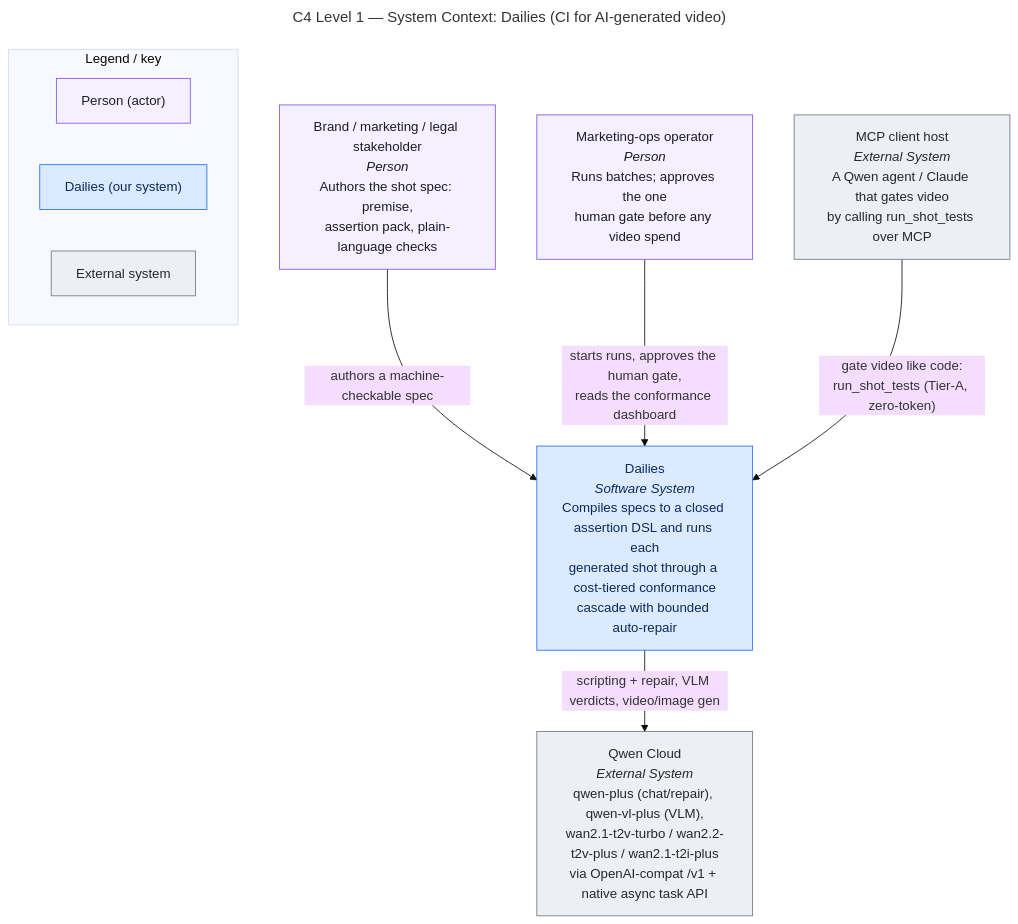
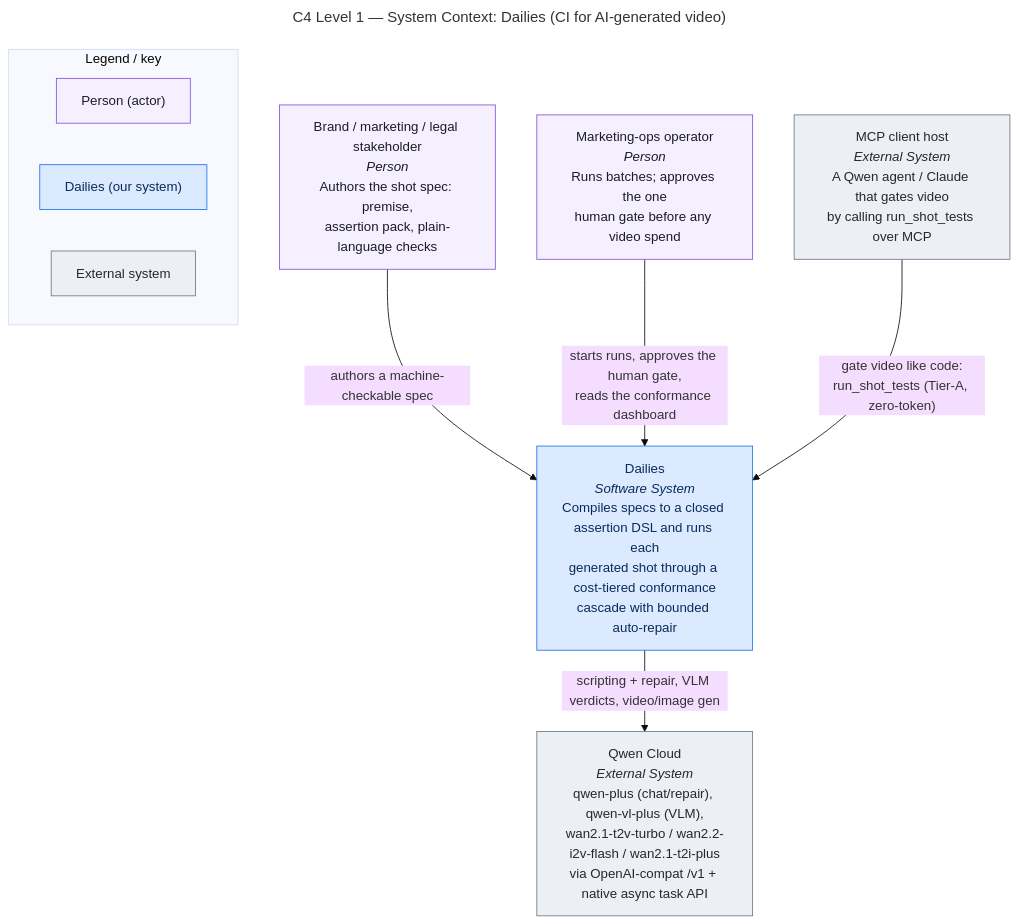
One commit to Zen-cronic/qwen-hack-2026 changed the first of 3 diagrams in docs/architecture.md. Above: the diagram before and after it, drawn with Mermaid (base theme). The commit also changed other lines of this file and 7 other files, not shown here.

````diff
--- a/docs/architecture.md
+++ b/docs/architecture.md
@@ -20,29 +20,29 @@
 ```mermaid
 ---
 title: "C4 Level 1 — System Context: Dailies (CI for AI-generated video)"
 ---
 flowchart TB
     stakeholder["Brand / marketing / legal stakeholder<br/><i>Person</i><br/>Authors the shot spec: premise,<br/>assertion pack, plain-language checks"]:::person
     operator["Marketing-ops operator<br/><i>Person</i><br/>Runs batches; approves the one<br/>human gate before any video spend"]:::person
 
     dailies["Dailies<br/><i>Software System</i><br/>Compiles specs to a closed assertion DSL and runs each<br/>generated shot through a cost-tiered conformance<br/>cascade with bounded auto-repair"]:::system
 
-    qwen["Qwen Cloud<br/><i>External System</i><br/>qwen-plus (chat/repair), qwen-vl-plus (VLM),<br/>wan2.1-t2v-turbo / wan2.2-t2v-plus / wan2.1-t2i-plus<br/>via OpenAI-compat /v1 + native async task API"]:::external
+    qwen["Qwen Cloud<br/><i>External System</i><br/>qwen-plus (chat/repair), qwen-vl-plus (VLM),<br/>wan2.1-t2v-turbo / wan2.2-i2v-flash / wan2.1-t2i-plus<br/>via OpenAI-compat /v1 + native async task API"]:::external
     mcphost["MCP client host<br/><i>External System</i><br/>A Qwen agent / Claude that gates video<br/>by calling run_shot_tests over MCP"]:::external
 
     stakeholder -->|"authors a machine-checkable spec"| dailies
     operator -->|"starts runs, approves the human gate,<br/>reads the conformance dashboard"| dailies
     dailies -->|"scripting + repair, VLM verdicts, video/image gen"| qwen
     mcphost -->|"gate video like code:<br/>run_shot_tests (Tier-A, zero-token)"| dailies
 
     subgraph legend["Legend / key"]
         direction LR
         k1["Person (actor)"]:::person
         k2["Dailies (our system)"]:::system
         k3["External system"]:::external
     end
 
     classDef person fill:#f5f0ff,stroke:#8250df,color:#1c1c22
     classDef system fill:#dbeafe,stroke:#1f6feb,color:#0b2a5b
     classDef external fill:#eceff3,stroke:#6e7781,color:#24292f
 ```
````
